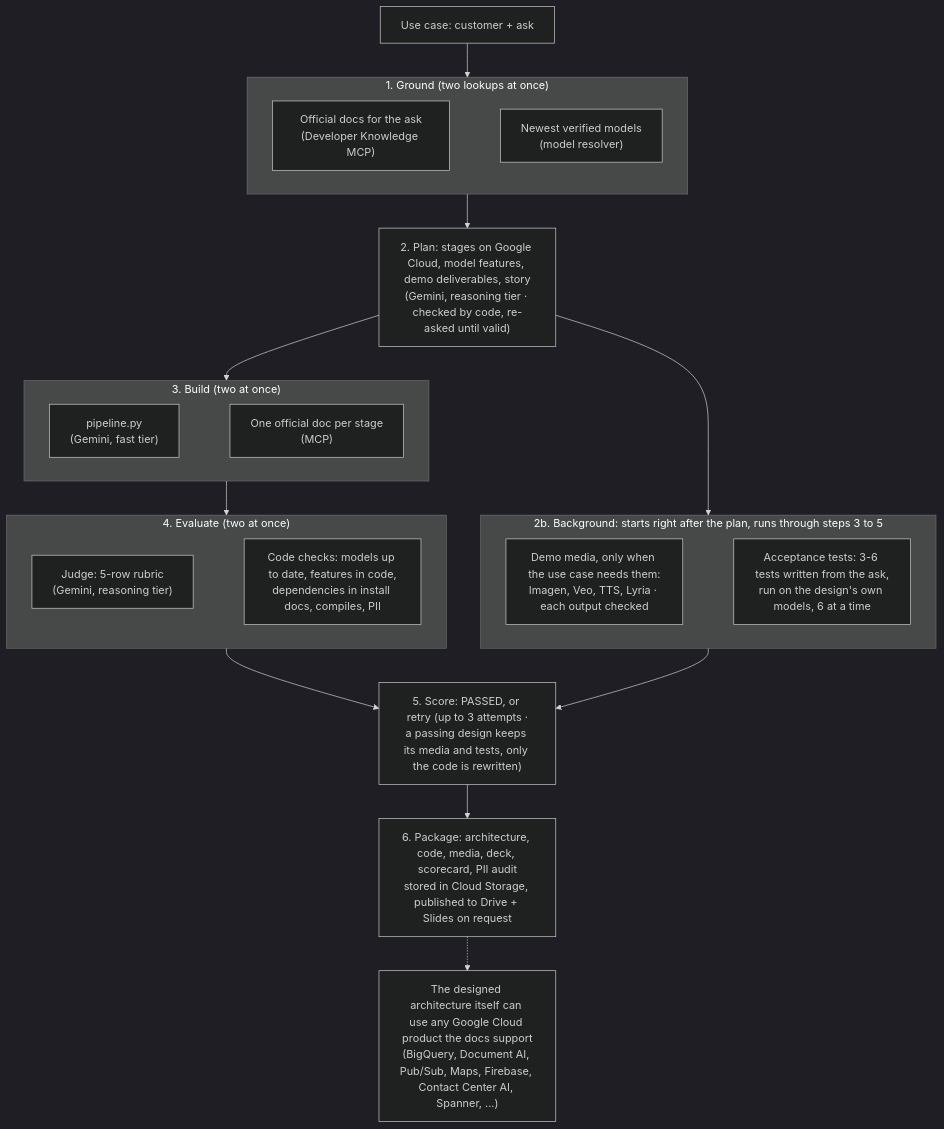
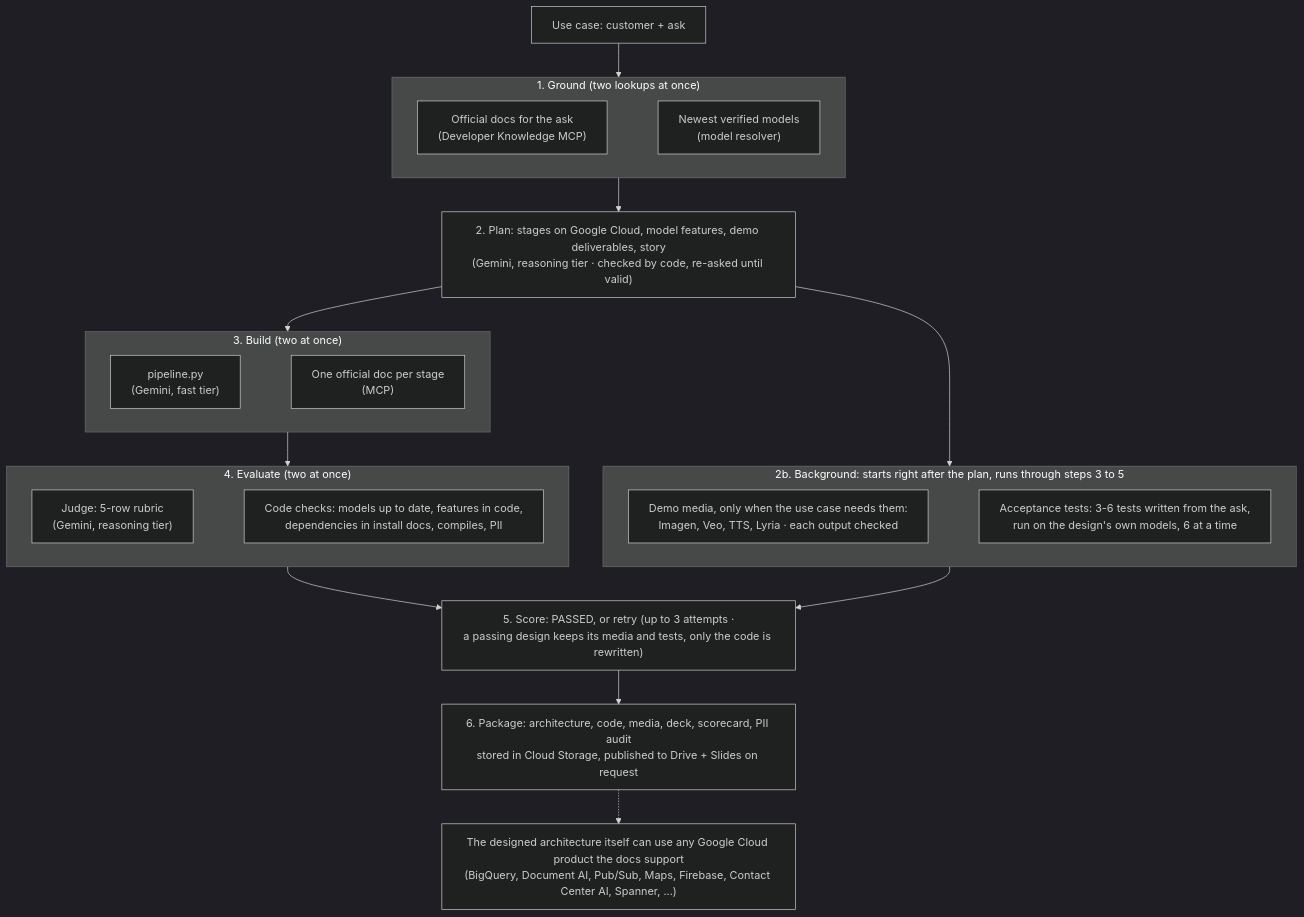
One commit to LUJ20/eliminating-custom-demo-toil-with-google-mcp changed the first of 2 diagrams in README.md. Above: the diagram before and after it, drawn with Mermaid (dark theme). The commit also changed other lines of this file, not shown here.

Commit message:
README: wider diagram boxes (flowchart wrappingWidth) so both flows read on one screen

````diff
--- a/README.md
+++ b/README.md
@@ -39,28 +39,29 @@
 ```mermaid
+%%{init: {"flowchart": {"wrappingWidth": 460}}}%%
 flowchart TB
     subgraph G ["1. Ground (two lookups at once)"]
         direction LR
         G1["Official docs for the ask<br/>(Developer Knowledge MCP)"] ~~~ G2["Newest verified models<br/>(model resolver)"]
     end
     subgraph BG ["2b. Background: starts right after the plan, runs through steps 3 to 5"]
         direction LR
         M["Demo media, only when the use case needs them:<br/>Imagen, Veo, TTS, Lyria · each output checked"] ~~~ T["Acceptance tests: 3-6 tests written from the ask,<br/>run on the design's own models, 6 at a time"]
     end
     subgraph CC ["3. Build (two at once)"]
         direction LR
         C["pipeline.py<br/>(Gemini, fast tier)"] ~~~ CI["One official doc per stage<br/>(MCP)"]
     end
     subgraph JJ ["4. Evaluate (two at once)"]
         direction LR
         J["Judge: 5-row rubric<br/>(Gemini, reasoning tier)"] ~~~ K["Code checks: models up to date, features in code,<br/>dependencies in install docs, compiles, PII"]
     end
     U["Use case: customer + ask"] --> G
     G --> PL["2. Plan: stages on Google Cloud, model features, demo deliverables, story<br/>(Gemini, reasoning tier · checked by code, re-asked until valid)"]
     PL --> BG
     PL --> CC
     CC --> JJ
     JJ --> S["5. Score: PASSED, or retry (up to 3 attempts ·<br/>a passing design keeps its media and tests, only the code is rewritten)"]
     BG --> S
     S --> P["6. Package: architecture, code, media, deck, scorecard, PII audit<br/>stored in Cloud Storage, published to Drive + Slides on request"]
     P -.-> A["The designed architecture itself can use any Google Cloud product the docs support<br/>(BigQuery, Document AI, Pub/Sub, Maps, Firebase, Contact Center AI, Spanner, ...)"]
 ```
````
